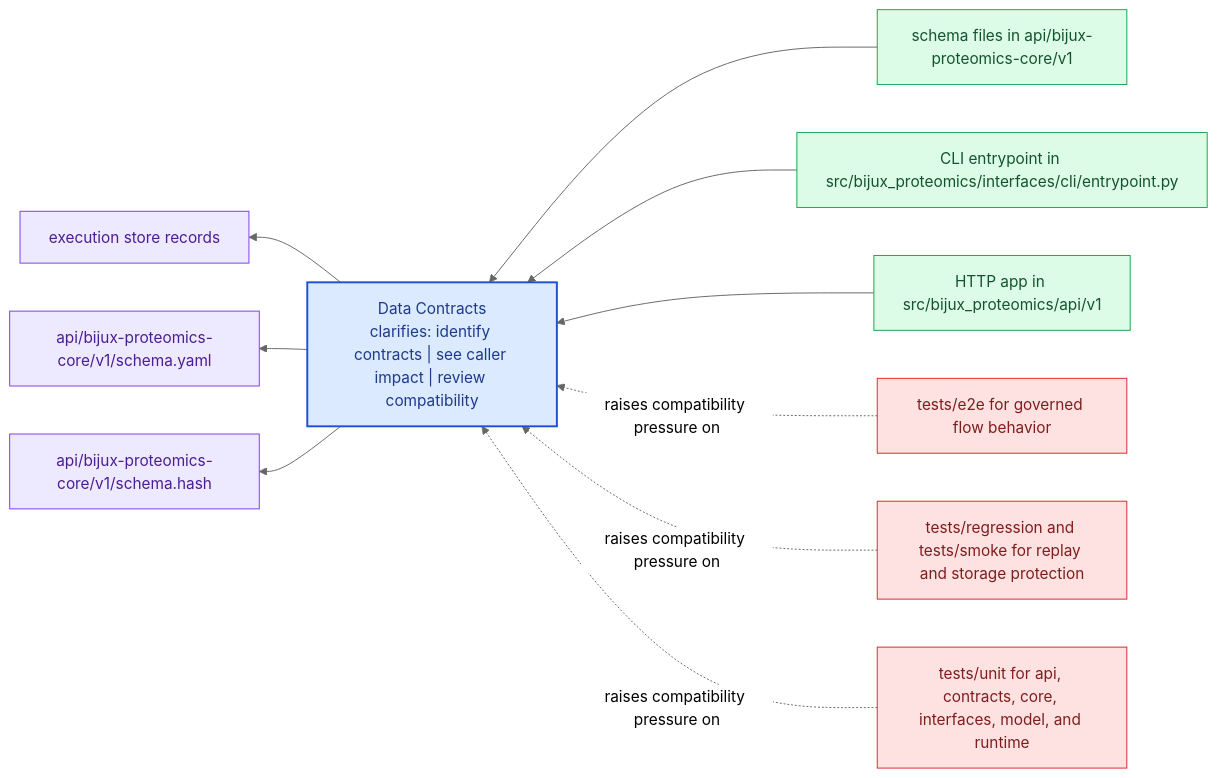
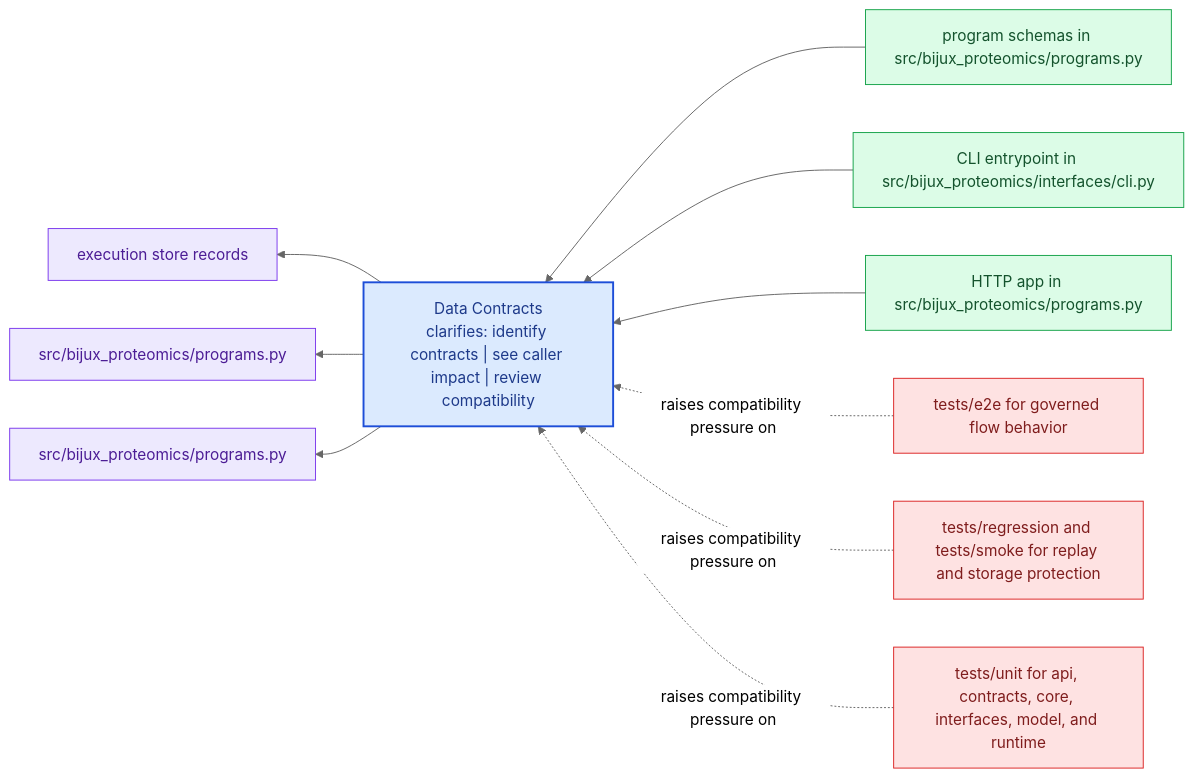
The diagram in docs/bijux-proteomics-core/interfaces/data-contracts.md (bijux/bijux-proteomics), drawn with Mermaid (neutral theme) before and after one commit. The commit also changed other lines of this file and 24 other files, not shown here.

Commit message:
docs(bijux-proteomics-core): realign handbook around program contracts and lifecycle models

````diff
--- a/docs/bijux-proteomics-core/interfaces/data-contracts.md
+++ b/docs/bijux-proteomics-core/interfaces/data-contracts.md
@@ -23,31 +23,31 @@
 ```mermaid
 flowchart RL
     page["Data Contracts<br/>clarifies: identify contracts | see caller impact | review compatibility"]
     classDef page fill:#dbeafe,stroke:#1d4ed8,color:#1e3a8a,stroke-width:2px;
     classDef positive fill:#dcfce7,stroke:#16a34a,color:#14532d;
     classDef caution fill:#fee2e2,stroke:#dc2626,color:#7f1d1d;
     classDef anchor fill:#ede9fe,stroke:#7c3aed,color:#4c1d95;
     classDef action fill:#fef3c7,stroke:#d97706,color:#7c2d12;
-    surface1["schema files in api/bijux-proteomics-core/v1"]
+    surface1["program schemas in src/bijux_proteomics/programs.py"]
     surface1 --> page
-    surface2["CLI entrypoint in src/bijux_proteomics/interfaces/cli/entrypoint.py"]
+    surface2["CLI entrypoint in src/bijux_proteomics/interfaces/cli.py"]
     surface2 --> page
-    surface3["HTTP app in src/bijux_proteomics/api/v1"]
+    surface3["HTTP app in src/bijux_proteomics/programs.py"]
     surface3 --> page
     proof1["execution store records"]
     page --> proof1
-    proof2["api/bijux-proteomics-core/v1/schema.yaml"]
+    proof2["src/bijux_proteomics/programs.py"]
     page --> proof2
-    proof3["api/bijux-proteomics-core/v1/schema.hash"]
+    proof3["src/bijux_proteomics/programs.py"]
     page --> proof3
     review1["tests/e2e for governed flow behavior"]
     review1 -.raises compatibility pressure on.-> page
     review2["tests/regression and tests/smoke for replay and storage protection"]
     review2 -.raises compatibility pressure on.-> page
     review3["tests/unit for api, contracts, core, interfaces, model, and runtime"]
     review3 -.raises compatibility pressure on.-> page
     class page page;
     class surface1,surface2,surface3 positive;
     class proof1,proof2,proof3 anchor;
     class review1,review2,review3 caution;
 ```
````
